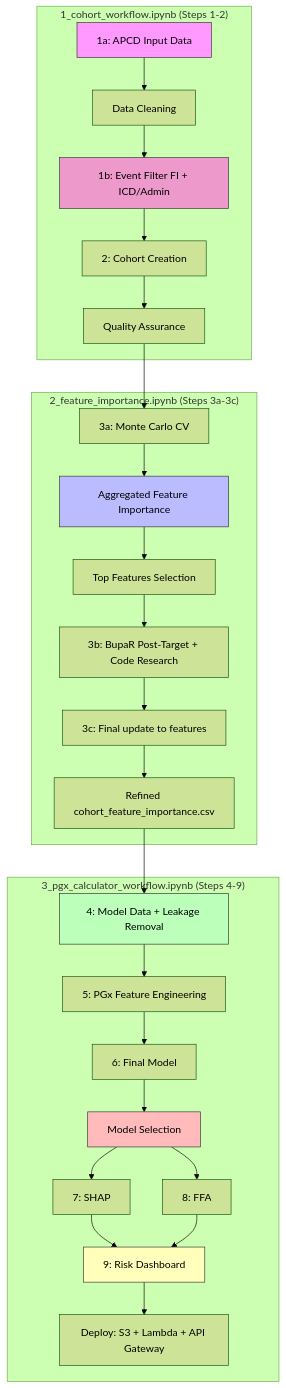
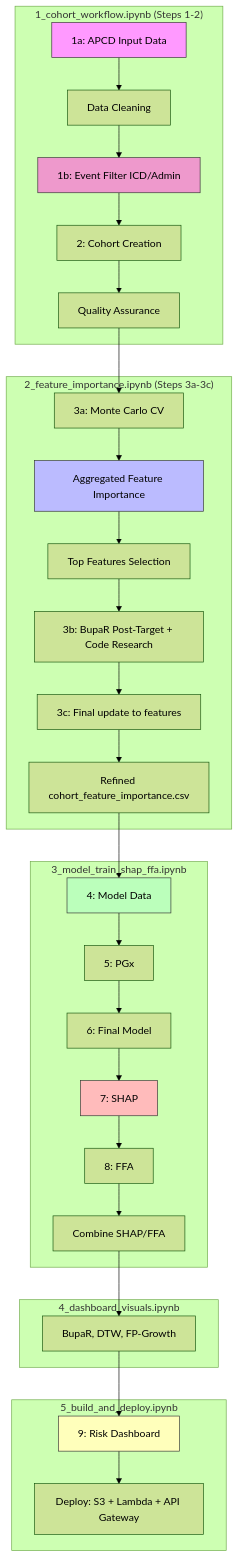
The second of 2 diagrams in docs/README_overview.md (Jerome3590/pgx-analysis), drawn with Mermaid (forest theme) before and after one commit. The commit also changed other lines of this file and 45 other files, not shown here.

````diff
--- a/docs/README_overview.md
+++ b/docs/README_overview.md
@@ -119,37 +119,43 @@
 ```mermaid
 flowchart TD
     subgraph W1["1_cohort_workflow.ipynb (Steps 1-2)"]
         A1[1a: APCD Input Data] --> A2[Data Cleaning]
-        A2 --> A1b[1b: Event Filter FI + ICD/Admin]
+        A2 --> A1b[1b: Event Filter ICD/Admin]
         A1b --> A3[2: Cohort Creation]
         A3 --> A4[Quality Assurance]
     end
 
     subgraph W2["2_feature_importance.ipynb (Steps 3a-3c)"]
         A4 --> B1[3a: Monte Carlo CV]
         B1 --> B2[Aggregated Feature Importance]
         B2 --> B3[Top Features Selection]
         B3 --> B4[3b: BupaR Post-Target + Code Research]
         B4 --> B5[3c: Final update to features]
         B5 --> B6[Refined cohort_feature_importance.csv]
     end
 
-    subgraph W3["3_pgx_calculator_workflow.ipynb (Steps 4-9)"]
-        B6 --> C1[4: Model Data + Leakage Removal]
-        C1 --> D1[5: PGx Feature Engineering]
+    subgraph W3["3_model_train_shap_ffa.ipynb"]
+        B6 --> C1[4: Model Data]
+        C1 --> D1[5: PGx]
         D1 --> E1[6: Final Model]
-        E1 --> E4[Model Selection]
-        E4 --> F1[7: SHAP]
+        E1 --> E4[7: SHAP]
         E4 --> F2[8: FFA]
-        F1 --> G1[9: Risk Dashboard]
-        F2 --> G1
+        F2 --> F1[Combine SHAP/FFA]
+    end
+
+    subgraph W4["4_dashboard_visuals.ipynb"]
+        F1 --> G0[BupaR, DTW, FP-Growth]
+    end
+
+    subgraph W5["5_build_and_deploy.ipynb"]
+        G0 --> G1[9: Risk Dashboard]
         G1 --> G5[Deploy: S3 + Lambda + API Gateway]
     end
 
     style A1 fill:#f9f,stroke:#333
     style A1b fill:#e9c,stroke:#333
     style B2 fill:#bbf,stroke:#333
     style C1 fill:#bfb,stroke:#333
     style E4 fill:#fbb,stroke:#333
     style G1 fill:#ffb,stroke:#333
 ```
````
